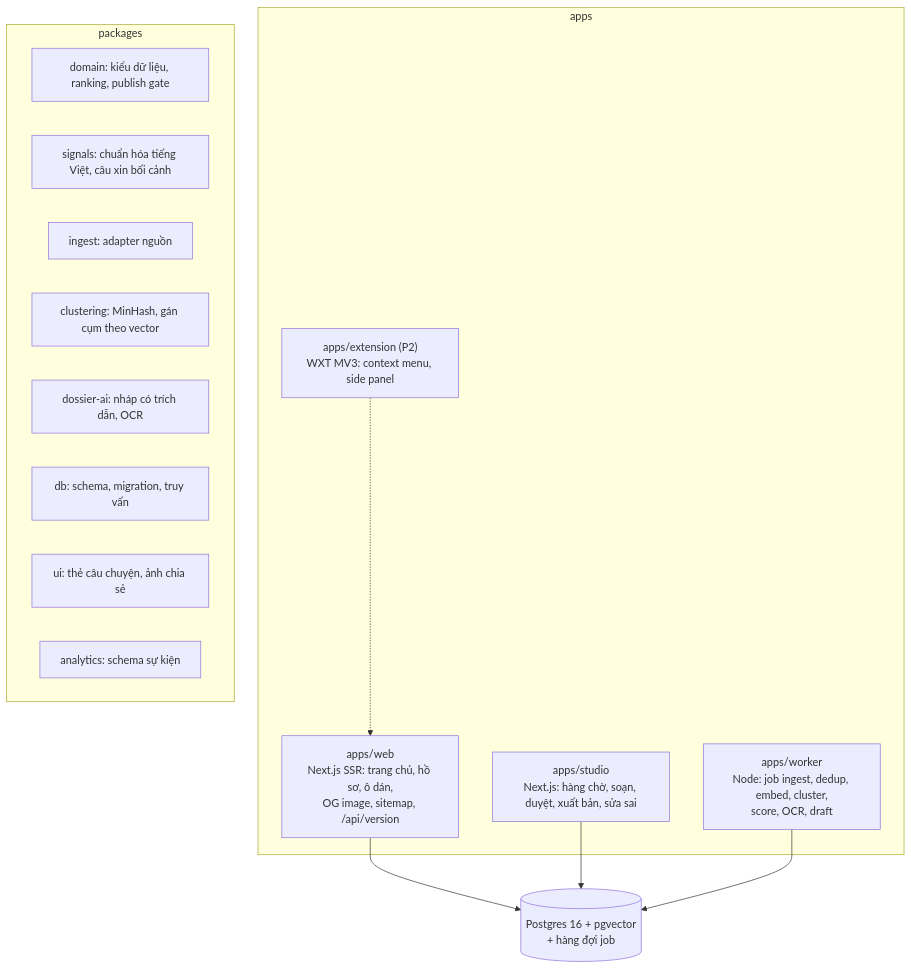
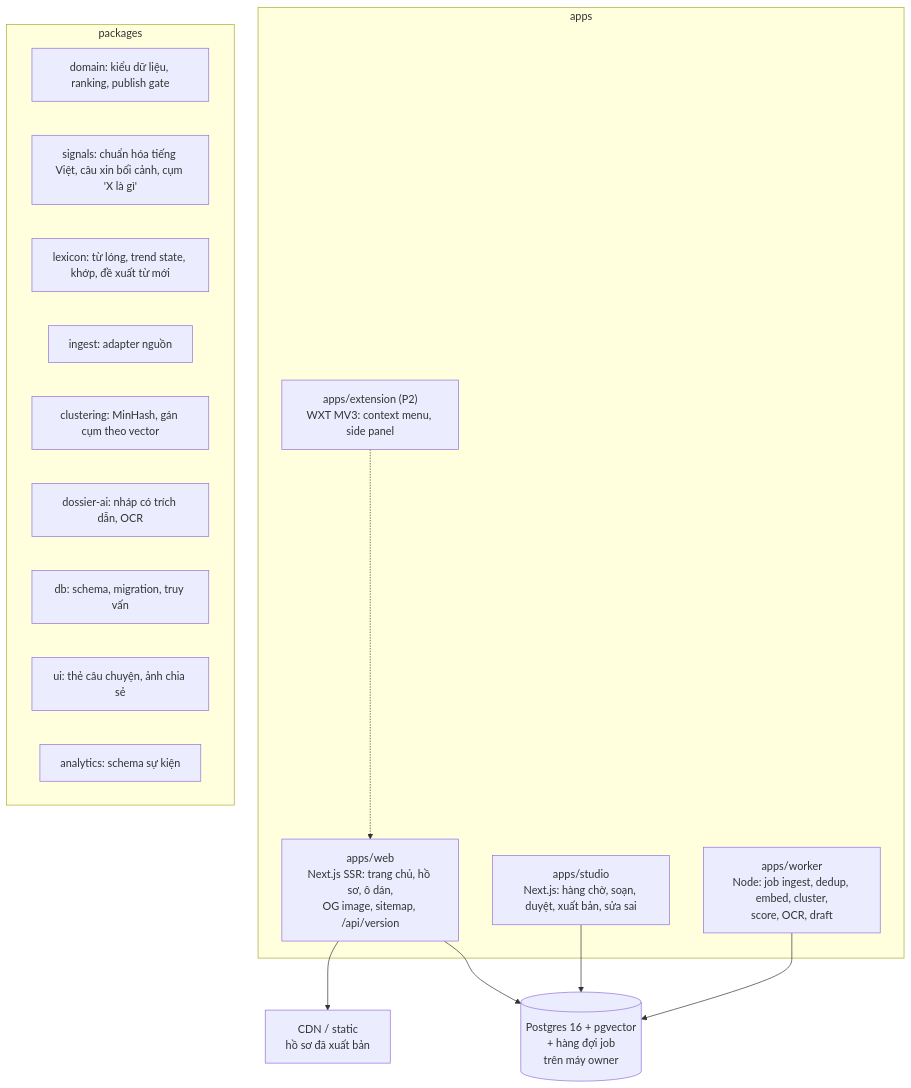
One commit to luongkam/toibingu changed the diagram in docs/01-sd/architecture/SD-TBH001-architecture.md. Above: the diagram before and after it, drawn with Mermaid. The commit also changed other lines of this file and 29 other files, not shown here.

First line of the commit message:
feat(lexicon): living slang/trend lexicon engine and trend-scout skill (REQ-017)

````diff
--- a/docs/01-sd/architecture/SD-TBH001-architecture.md
+++ b/docs/01-sd/architecture/SD-TBH001-architecture.md
@@ -22,24 +22,27 @@
 ```mermaid
 flowchart TB
   subgraph apps
     web["apps/web\nNext.js SSR: trang chủ, hồ sơ, ô dán,\nOG image, sitemap, /api/version"]
     studio["apps/studio\nNext.js: hàng chờ, soạn, duyệt, xuất bản, sửa sai"]
     worker["apps/worker\nNode: job ingest, dedup, embed, cluster,\nscore, OCR, draft"]
     ext["apps/extension (P2)\nWXT MV3: context menu, side panel"]
   end
   subgraph packages
     domain[domain: kiểu dữ liệu, ranking, publish gate]
-    signals[signals: chuẩn hóa tiếng Việt, câu xin bối cảnh]
+    signals[signals: chuẩn hóa tiếng Việt, câu xin bối cảnh, cụm 'X là gì']
+    lexicon[lexicon: từ lóng, trend state, khớp, đề xuất từ mới]
     ingest[ingest: adapter nguồn]
     clustering[clustering: MinHash, gán cụm theo vector]
     ai[dossier-ai: nháp có trích dẫn, OCR]
     dbp[db: schema, migration, truy vấn]
     ui[ui: thẻ câu chuyện, ảnh chia sẻ]
     analytics[analytics: schema sự kiện]
   end
-  pg[(Postgres 16 + pgvector\n+ hàng đợi job)]
+  pg[(Postgres 16 + pgvector\n+ hàng đợi job\ntrên máy owner)]
+  cdn[CDN / static\nhồ sơ đã xuất bản]
+  web --> cdn
   web --> pg
   studio --> pg
   worker --> pg
   ext -.-> web
 ```
````
